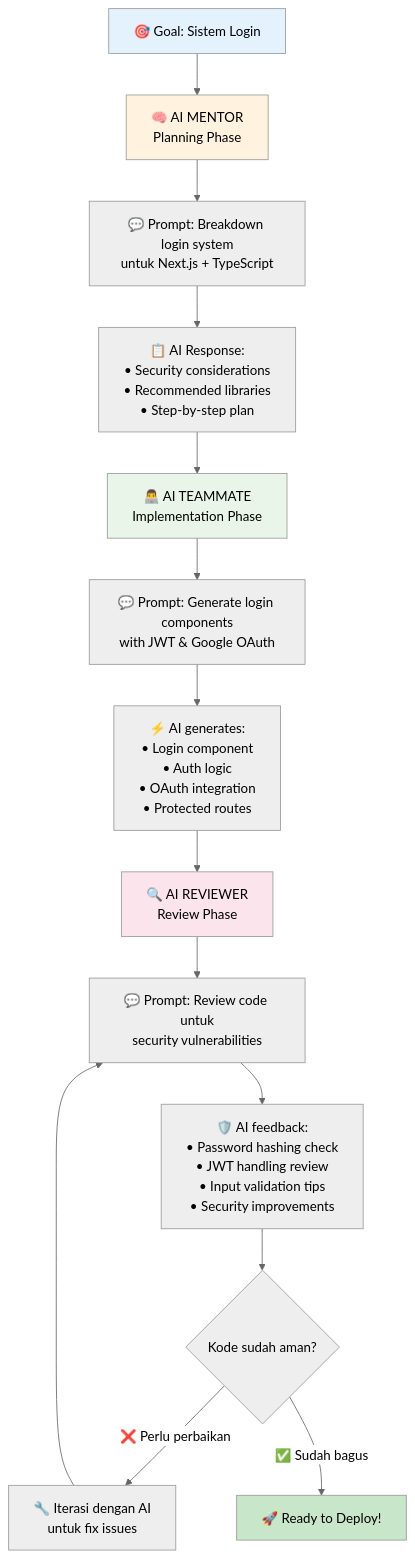
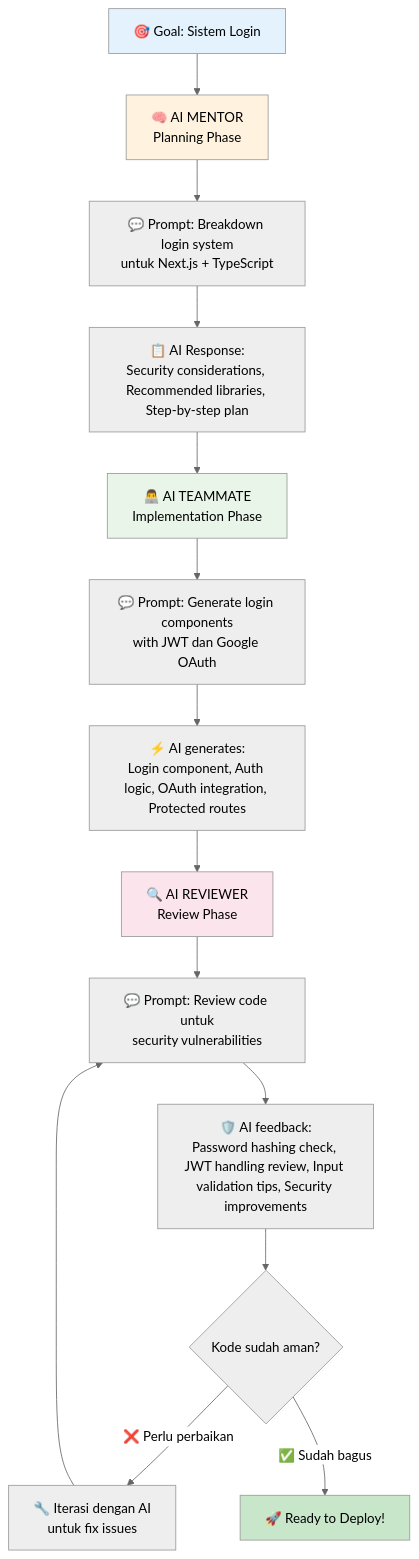
Before and after one commit to antonprafanto/vibecoding: the third of 6 diagrams in modul1pemula.md, drawn with Mermaid (neutral theme). The commit also changed other lines of this file, not shown here.

````diff
--- a/modul1pemula.md
+++ b/modul1pemula.md
@@ -244,28 +244,28 @@
 ```mermaid
 graph TD
     A[🎯 Goal: Sistem Login] --> B[🧠 AI MENTOR<br/>Planning Phase]
     
     B --> B1[💬 Prompt: Breakdown login system<br/>untuk Next.js + TypeScript]
-    B1 --> B2[📋 AI Response:<br/>• Security considerations<br/>• Recommended libraries<br/>• Step-by-step plan]
+    B1 --> B2[📋 AI Response:<br/>Security considerations, Recommended libraries, Step-by-step plan]
     
     B2 --> C[👨‍💻 AI TEAMMATE<br/>Implementation Phase]
     
-    C --> C1[💬 Prompt: Generate login components<br/>with JWT & Google OAuth]
-    C1 --> C2[⚡ AI generates:<br/>• Login component<br/>• Auth logic<br/>• OAuth integration<br/>• Protected routes]
+    C --> C1[💬 Prompt: Generate login components<br/>with JWT dan Google OAuth]
+    C1 --> C2[⚡ AI generates:<br/>Login component, Auth logic, OAuth integration, Protected routes]
     
     C2 --> D[🔍 AI REVIEWER<br/>Review Phase]
     
     D --> D1[💬 Prompt: Review code untuk<br/>security vulnerabilities]
-    D1 --> D2[🛡️ AI feedback:<br/>• Password hashing check<br/>• JWT handling review<br/>• Input validation tips<br/>• Security improvements]
+    D1 --> D2[🛡️ AI feedback:<br/>Password hashing check, JWT handling review, Input validation tips, Security improvements]
     
     D2 --> E{Kode sudah aman?}
     E -->|❌ Perlu perbaikan| F[🔧 Iterasi dengan AI<br/>untuk fix issues]
     F --> D1
     E -->|✅ Sudah bagus| G[🚀 Ready to Deploy!]
     
     style A fill:#e3f2fd
     style B fill:#fff3e0
     style C fill:#e8f5e8
     style D fill:#fce4ec
     style G fill:#c8e6c9
 ```
````
